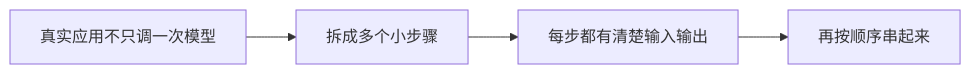
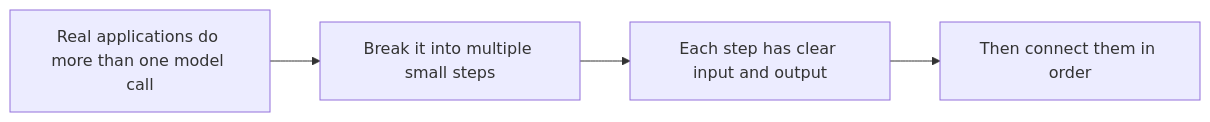
Before and after one commit to oudbiao/AI-fullstack-course: the diagram in docs/ch08-rag/ch03-app-dev/02-langchain-basics.md, drawn with Mermaid. The commit also changed other lines of this file and 1406 other files, not shown here.

````diff
--- a/docs/ch08-rag/ch03-app-dev/02-langchain-basics.md
+++ b/docs/ch08-rag/ch03-app-dev/02-langchain-basics.md
@@ -32,6 +32,6 @@
 ```mermaid
 flowchart LR
-    A["真实应用不只调一次模型"] --> B["拆成多个小步骤"]
-    B --> C["每步都有清楚输入输出"]
-    C --> D["再按顺序串起来"]
+    A["Real applications do more than one model call"] --> B["Break it into multiple small steps"]
+    B --> C["Each step has clear input and output"]
+    C --> D["Then connect them in order"]
 ```
````
